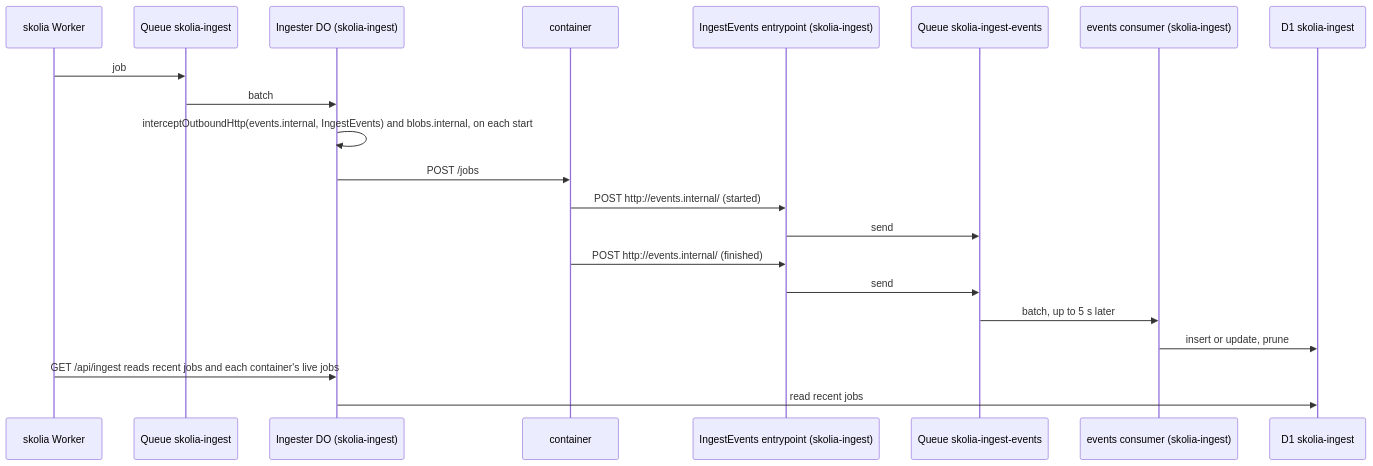
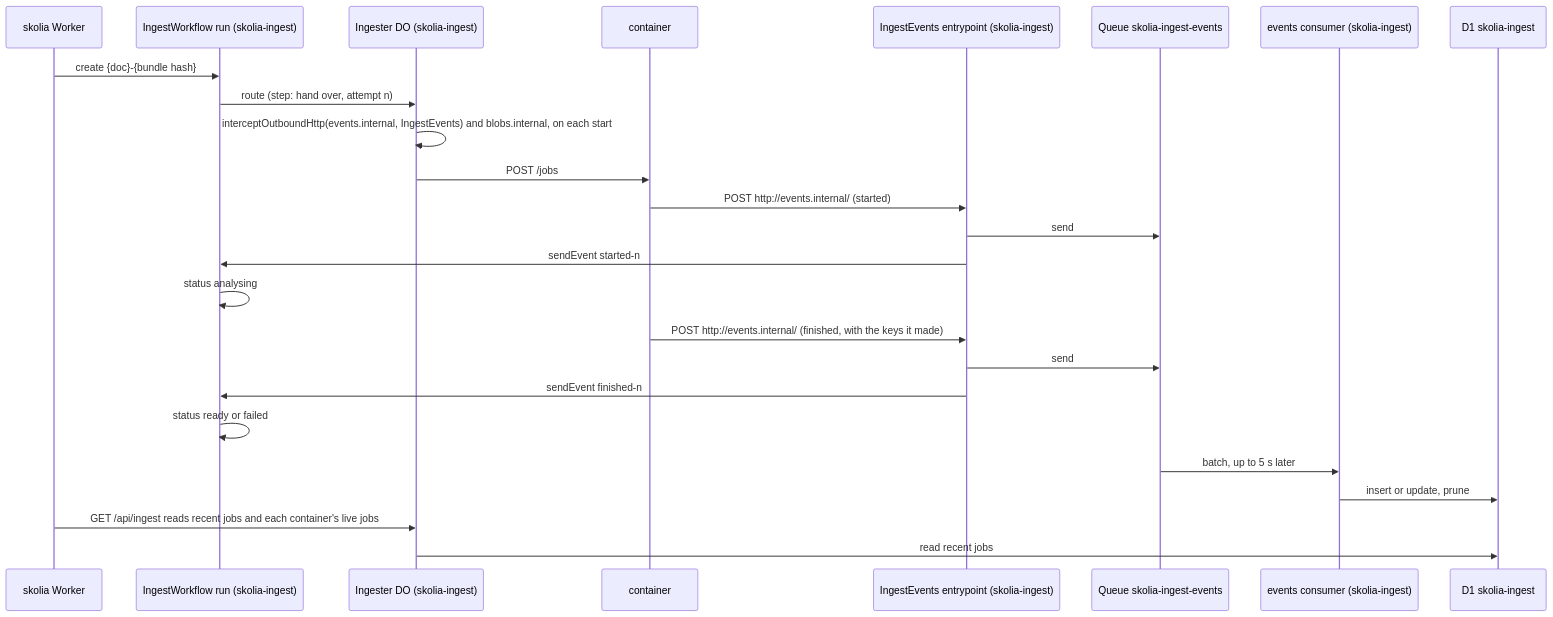
One commit to skolia-io/skolia changed the second of 3 diagrams in ARCHITECTURE.md. Above: the diagram before and after it, drawn with Mermaid. The commit also changed other lines of this file and 28 other files, not shown here.

Commit message:
feat(ingest): run each document's ingest as a workflow, retried when its container loses the job

````diff
--- a/ARCHITECTURE.md
+++ b/ARCHITECTURE.md
@@ -75,23 +75,27 @@
 ```mermaid
 sequenceDiagram
   participant API as skolia Worker
-  participant Q as Queue skolia-ingest
+  participant WF as IngestWorkflow run (skolia-ingest)
   participant DO as Ingester DO (skolia-ingest)
   participant C as container
   participant EV as IngestEvents entrypoint (skolia-ingest)
   participant QE as Queue skolia-ingest-events
   participant ECON as events consumer (skolia-ingest)
   participant IDB as D1 skolia-ingest
-  API->>Q: job
-  Q->>DO: batch
+  API->>WF: create {doc}-{bundle hash}
+  WF->>DO: route (step: hand over, attempt n)
   DO->>DO: interceptOutboundHttp(events.internal, IngestEvents) and blobs.internal, on each start
   DO->>C: POST /jobs
   C->>EV: POST http://events.internal/ (started)
   EV->>QE: send
-  C->>EV: POST http://events.internal/ (finished)
+  EV->>WF: sendEvent started-n
+  WF->>WF: status analysing
+  C->>EV: POST http://events.internal/ (finished, with the keys it made)
   EV->>QE: send
+  EV->>WF: sendEvent finished-n
+  WF->>WF: status ready or failed
   QE->>ECON: batch, up to 5 s later
   ECON->>IDB: insert or update, prune
   API->>DO: GET /api/ingest reads recent jobs and each container's live jobs
   DO->>IDB: read recent jobs
 ```
````
